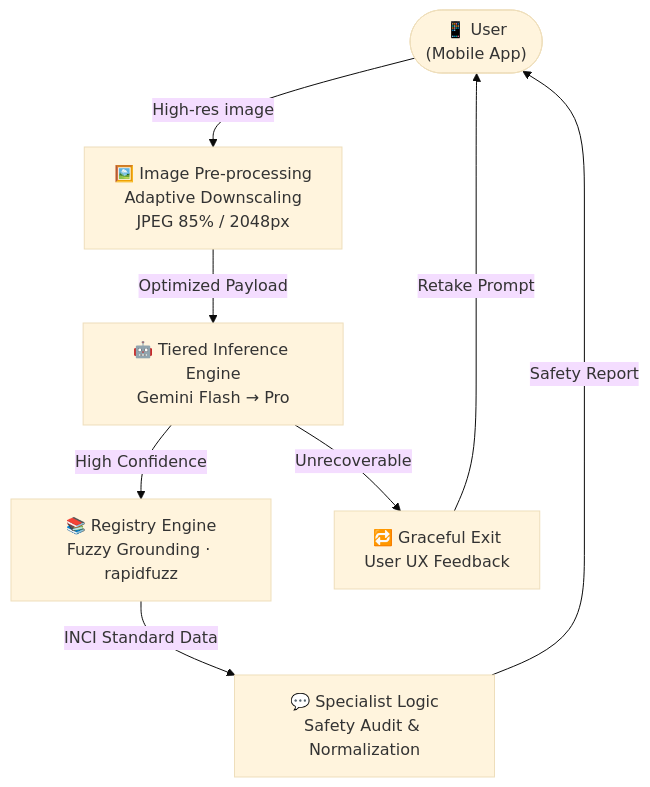
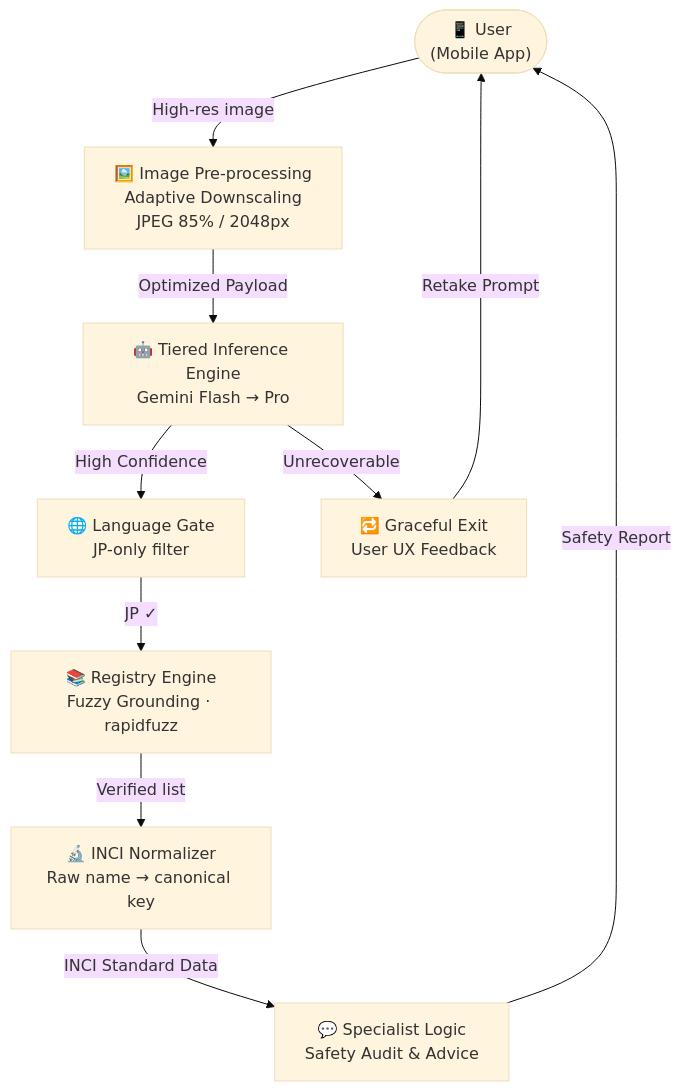
One commit to dvallslanaquera/skingraph changed the third of 4 diagrams in README.md. Above: the diagram before and after it, drawn with Mermaid (base theme). The commit also changed other lines of this file, not shown here.

````diff
--- a/README.md
+++ b/README.md
@@ -217,17 +290,21 @@
 ```mermaid
 flowchart TB
     User(["📱 User\n(Mobile App)"])
     Ingest["🖼️ Image Pre-processing\nAdaptive Downscaling\nJPEG 85% / 2048px"]
     VLM["🤖 Tiered Inference Engine\nGemini Flash → Pro"]
+    LangGate["🌐 Language Gate\nJP-only filter"]
     Registry["📚 Registry Engine\nFuzzy Grounding · rapidfuzz"]
-    Coach["💬 Specialist Logic\nSafety Audit & Normalization"]
+    Normalizer["🔬 INCI Normalizer\nRaw name → canonical key"]
+    Coach["💬 Specialist Logic\nSafety Audit & Advice"]
     Retake["🔁 Graceful Exit\nUser UX Feedback"]
 
     User -->|"High-res image"| Ingest
     Ingest -->|"Optimized Payload"| VLM
-    VLM -->|"High Confidence"| Registry
+    VLM -->|"High Confidence"| LangGate
     VLM -->|"Unrecoverable"| Retake
-    Registry -->|"INCI Standard Data"| Coach
+    LangGate -->|"JP ✓"| Registry
+    Registry -->|"Verified list"| Normalizer
+    Normalizer -->|"INCI Standard Data"| Coach
     Coach -->|"Safety Report"| User
     Retake -->|"Retake Prompt"| User
 ```
````
